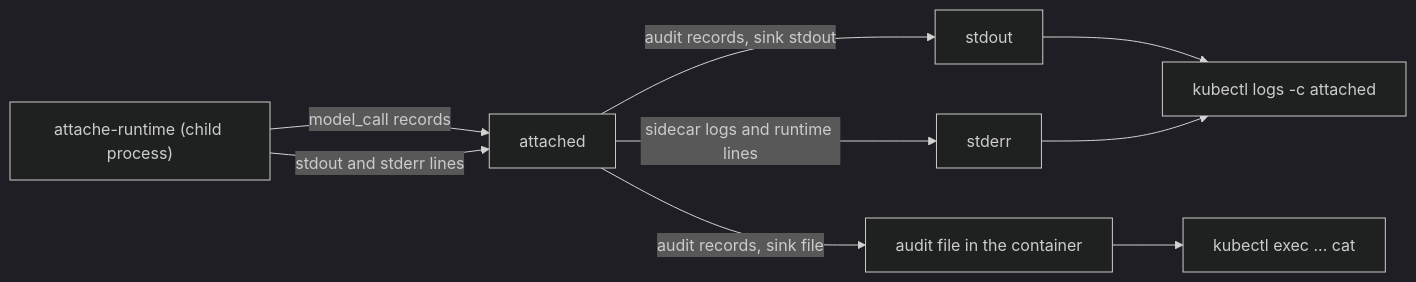
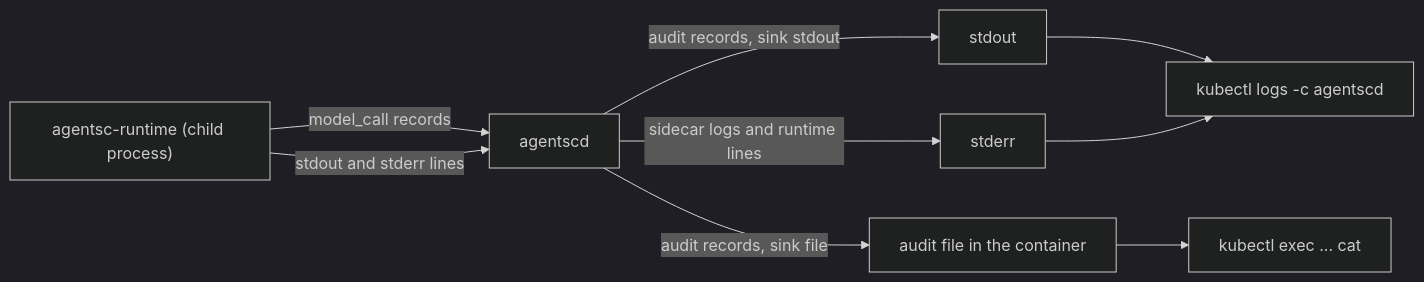
One commit to f8fvwgzc/agent-sidecar changed the first of 2 diagrams in docs/operations.md. Above: the diagram before and after it, drawn with Mermaid (dark theme). The commit also changed other lines of this file and 365 other files, not shown here.

First line of the commit message:
Rename attache to agentsc (agent-sidecar) everywhere

````diff
--- a/docs/operations.md
+++ b/docs/operations.md
@@ -31,11 +31,11 @@
 ```mermaid
 flowchart LR
-  RT["attache-runtime (child process)"] -->|"model_call records"| SC["attached"]
+  RT["agentsc-runtime (child process)"] -->|"model_call records"| SC["agentscd"]
   RT -->|"stdout and stderr lines"| SC
   SC -->|"audit records, sink stdout"| OUT["stdout"]
   SC -->|"audit records, sink file"| FILE["audit file in the container"]
   SC -->|"sidecar logs and runtime lines"| ERR["stderr"]
-  OUT --> KL["kubectl logs -c attached"]
+  OUT --> KL["kubectl logs -c agentscd"]
   ERR --> KL
   FILE --> EX["kubectl exec ... cat"]
 ```
````
